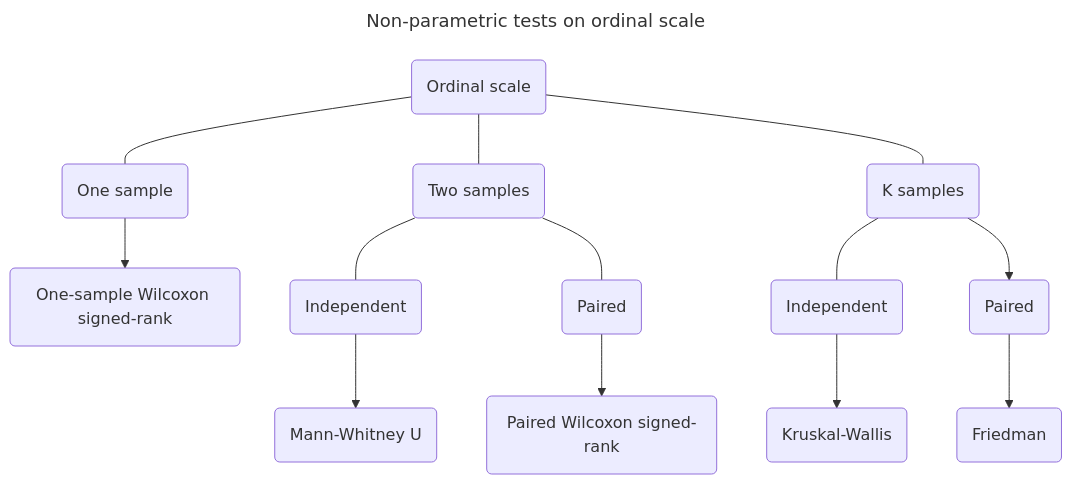
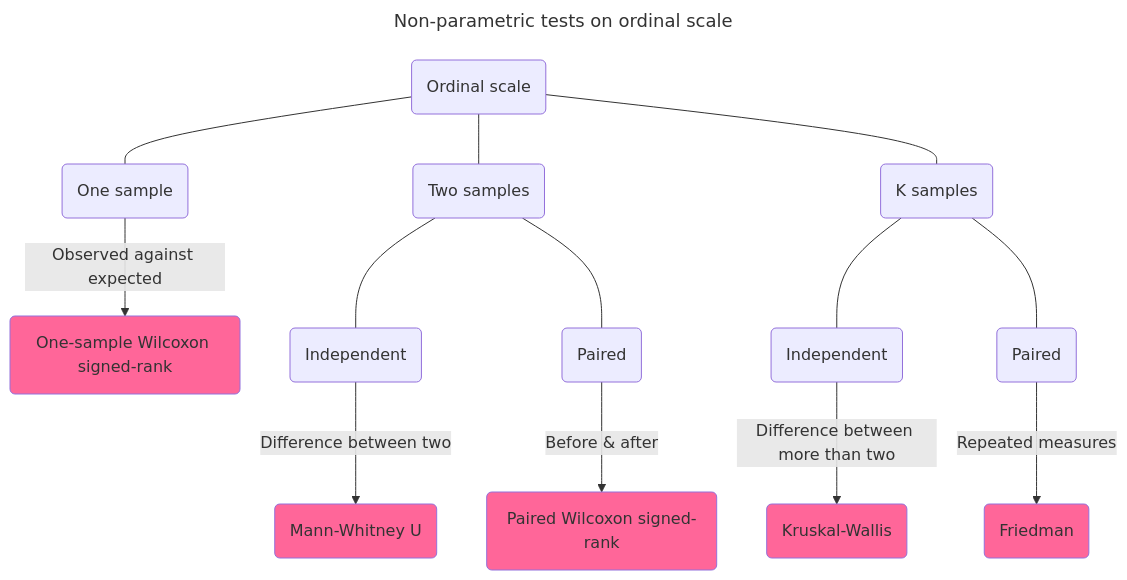
Before and after one commit to x-square/data_analytics: the third of 3 diagrams in 24_05_maths_statistics_analytics.md, drawn with Mermaid. The commit also changed other lines of this file, not shown here.

````diff
--- a/24_05_maths_statistics_analytics.md
+++ b/24_05_maths_statistics_analytics.md
@@ -2127,11 +2136,19 @@
 ```mermaid
 ---
 title: Non-parametric tests on ordinal scale
 ---
 graph TD
-    A2(Ordinal scale) --- B4(One sample) --> C6(One-sample Wilcoxon signed-rank)
-    A2 --- B5(Two samples) --- C7(Independent) --> D5(Mann-Whitney U)
-    B5 --- C8(Paired) --> D6(Paired Wilcoxon signed-rank)
-    A2 --- B6(K samples) --- C9(Independent) --> D7(Kruskal-Wallis)
-    B6 --> C10(Paired) --> D8(Friedman)
+    A1(Ordinal scale)
+    A1 --- B1(One sample) -- Observed against expected --> C1(One-sample Wilcoxon signed-rank)
+    A1 --- B2(Two samples) --- C2(Independent) -- Difference between two --> D2(Mann-Whitney U)
+    B2 --- C3(Paired) -- Before & after --> D3(Paired Wilcoxon signed-rank)
+    A1 --- B4(K samples) --- C4(Independent) -- Difference between more than two --> D4(Kruskal-Wallis)
+    B4 --- C5(Paired) -- Repeated measures --> D5(Friedman)
+
+    %% Style (Colour-coding)
+    style C1 fill:#f69
+    style D2 fill:#f69
+    style D3 fill:#f69
+    style D4 fill:#f69
+    style D5 fill:#f69
 ```
````
